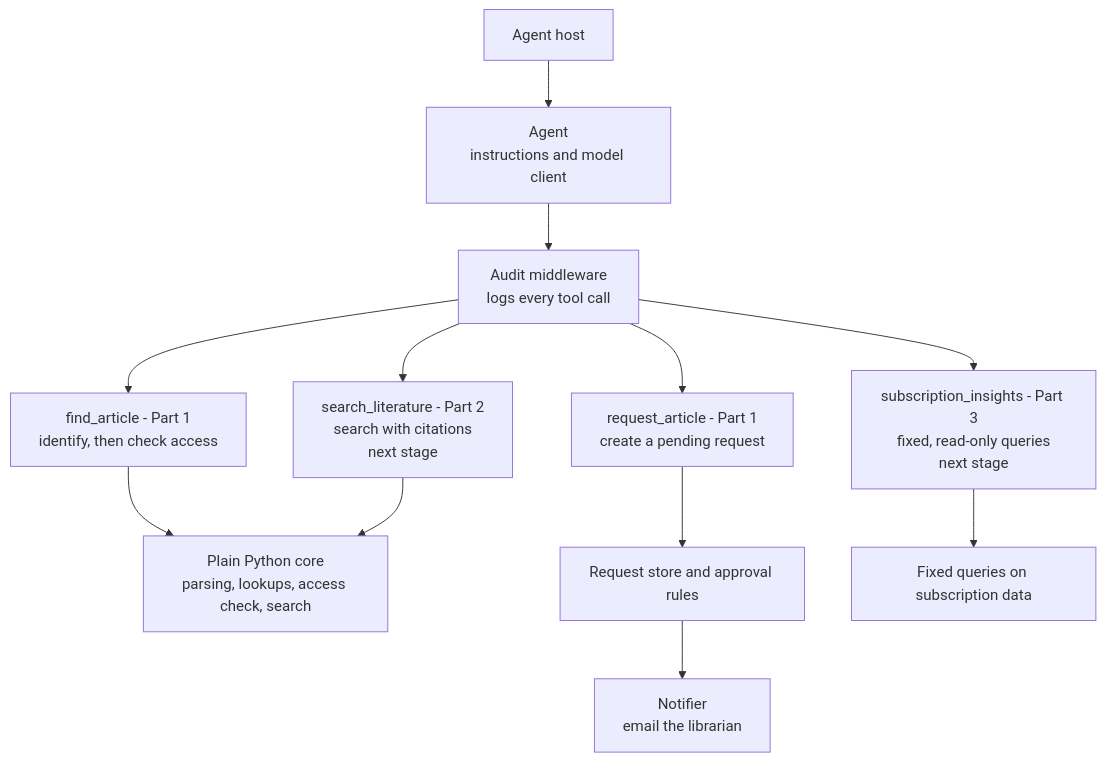
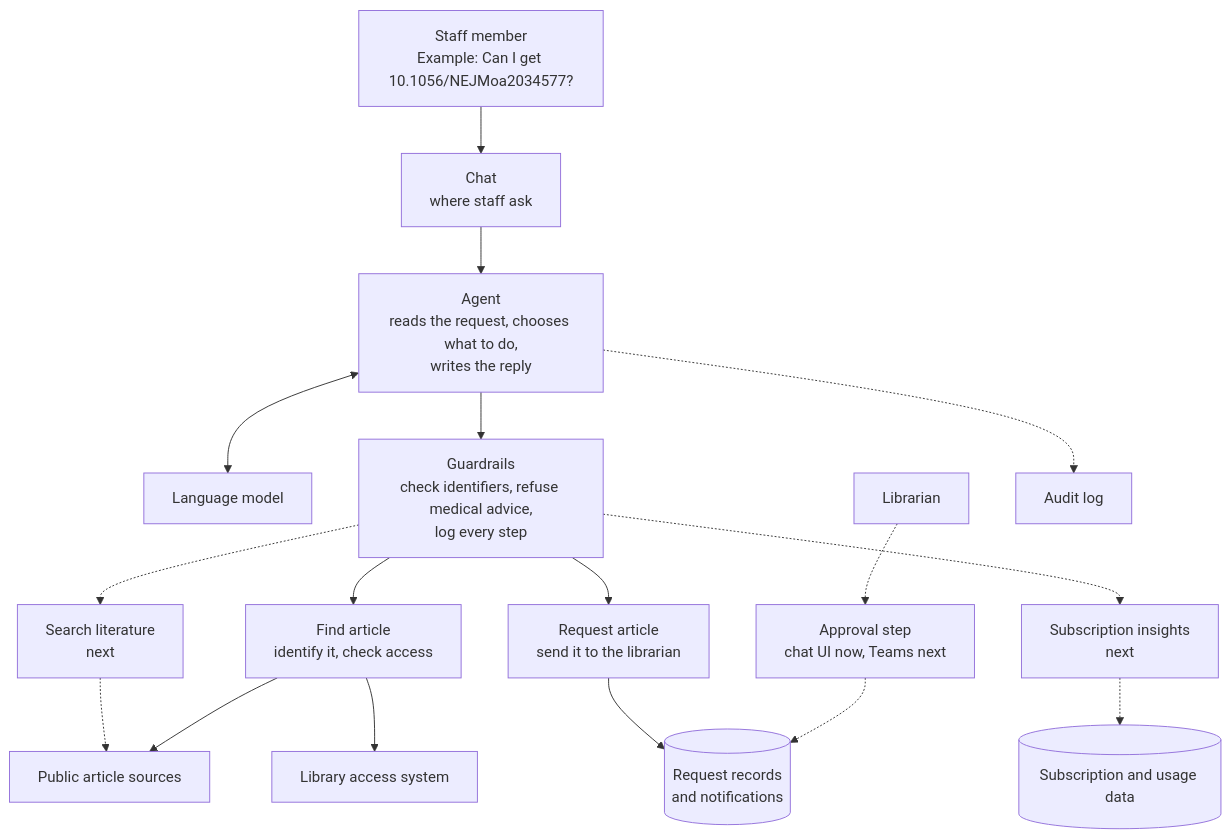
The fourth of 4 diagrams in README.md (hamza-roujdami/medical-libraryIQ), drawn with Mermaid before and after one commit. The commit also changed other lines of this file and 42 other files, not shown here.

````diff
--- a/README.md
+++ b/README.md
@@ -68,14 +65,19 @@
 ```mermaid
 flowchart TB
-  H["Agent host"] --> AG["Agent<br/>instructions and model client"]
-  AG --> MW["Audit middleware<br/>logs every tool call"]
-  MW --> T1["find_article - Part 1<br/>identify, then check access"]
-  MW --> T2["request_article - Part 1<br/>create a pending request"]
-  MW --> T3["search_literature - Part 2<br/>search with citations<br/>next stage"]
-  MW --> T4["subscription_insights - Part 3<br/>fixed, read-only queries<br/>next stage"]
-  T1 --> CORE["Plain Python core<br/>parsing, lookups, access check, search"]
-  T3 --> CORE
-  T2 --> STORE["Request store and approval rules"]
-  STORE --> NOTIFY["Notifier<br/>email the librarian"]
-  T4 --> QUERIES["Fixed queries on subscription data"]
+  U["Staff member<br/>Example: Can I get 10.1056/NEJMoa2034577?"] --> CH["Chat<br/>where staff ask"]
+  CH --> AG["Agent<br/>reads the request, chooses what to do,<br/>writes the reply"]
+  AG <--> MOD["Language model"]
+  AG --> RULES["Guardrails<br/>check identifiers, refuse medical advice,<br/>log every step"]
+  RULES -.-> T3["Search literature<br/>next"]
+  RULES --> T1["Find article<br/>identify it, check access"]
+  RULES --> T2["Request article<br/>send it to the librarian"]
+  RULES -.-> T4["Subscription insights<br/>next"]
+  T3 -.-> S1["Public article sources"]
+  T1 --> S1
+  T1 --> S2["Library access system"]
+  T2 --> S3[("Request records<br/>and notifications")]
+  T4 -.-> S5[("Subscription and usage data")]
+  LIBN["Librarian"] -.-> APP["Approval step<br/>chat UI now, Teams next"]
+  APP -.-> S3
+  AG -.-> OBS["Audit log"]
 ```
````
